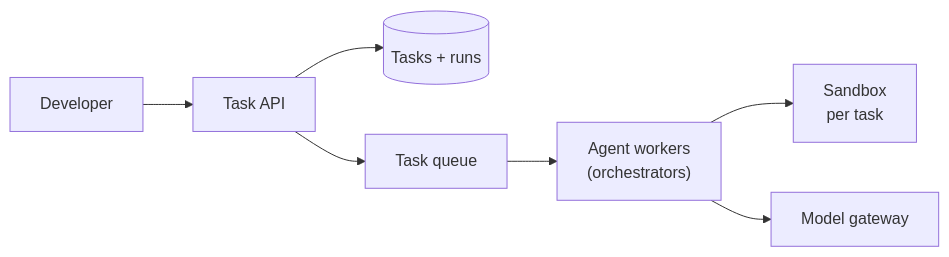
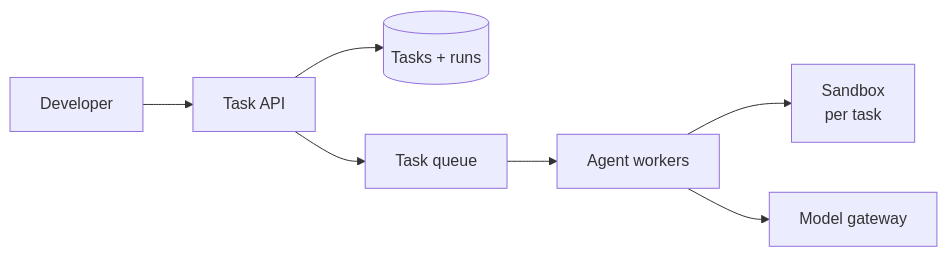
Before and after one commit to shubamchaudhary/CodeNITW: the first of 2 diagrams in src/Data/aiStackDocs/DP-04.md, drawn with Mermaid. The commit also changed other lines of this file and 15 other files, not shown here.

````diff
--- a/src/Data/aiStackDocs/DP-04.md
+++ b/src/Data/aiStackDocs/DP-04.md
@@ -69,9 +59,9 @@
 ```mermaid
 flowchart LR
     U["Developer"] --> API["Task API"]
     API --> DB[("Tasks + runs")]
     API --> Q["Task queue"]
-    Q --> OR["Agent workers<br/>(orchestrators)"]
-    OR --> SB["Sandbox<br/>per task"]
-    OR --> MG["Model gateway"]
+    Q --> W["Agent workers"]
+    W --> SB["Sandbox<br/>per task"]
+    W --> MG["Model gateway"]
 ```
````
